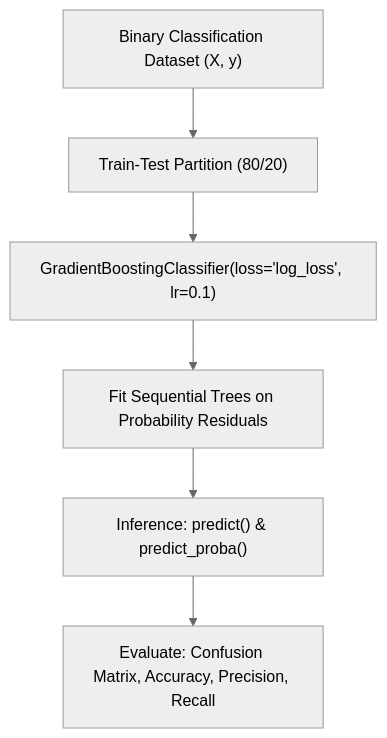
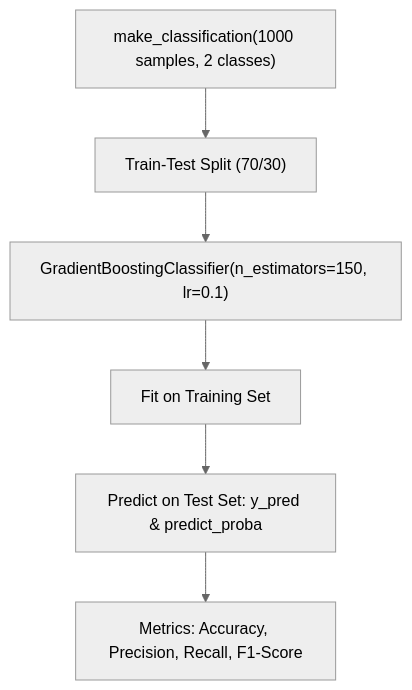
The diagram in lecture_30/Notes_30.04/README.md (S1h2i3v4a/AI_ML), drawn with Mermaid (neutral theme) before and after one commit. The commit also changed other lines of this file and 57 other files, not shown here.

````diff
--- a/lecture_30/Notes_30.04/README.md
+++ b/lecture_30/Notes_30.04/README.md
@@ -18,8 +45,8 @@
 ```mermaid
 flowchart TD
-    A["Binary Classification Dataset (X, y)"] --> B["Train-Test Partition (80/20)"]
-    B --> C["GradientBoostingClassifier(loss='log_loss', lr=0.1)"]
-    C --> D["Fit Sequential Trees on Probability Residuals"]
-    D --> E["Inference: predict() & predict_proba()"]
-    E --> F["Evaluate: Confusion Matrix, Accuracy, Precision, Recall"]
+    A["make_classification(1000 samples, 2 classes)"] --> B["Train-Test Split (70/30)"]
+    B --> C["GradientBoostingClassifier(n_estimators=150, lr=0.1)"]
+    C --> D["Fit on Training Set"]
+    D --> E["Predict on Test Set: y_pred & predict_proba"]
+    E --> F["Metrics: Accuracy, Precision, Recall, F1-Score"]
 ```
````
